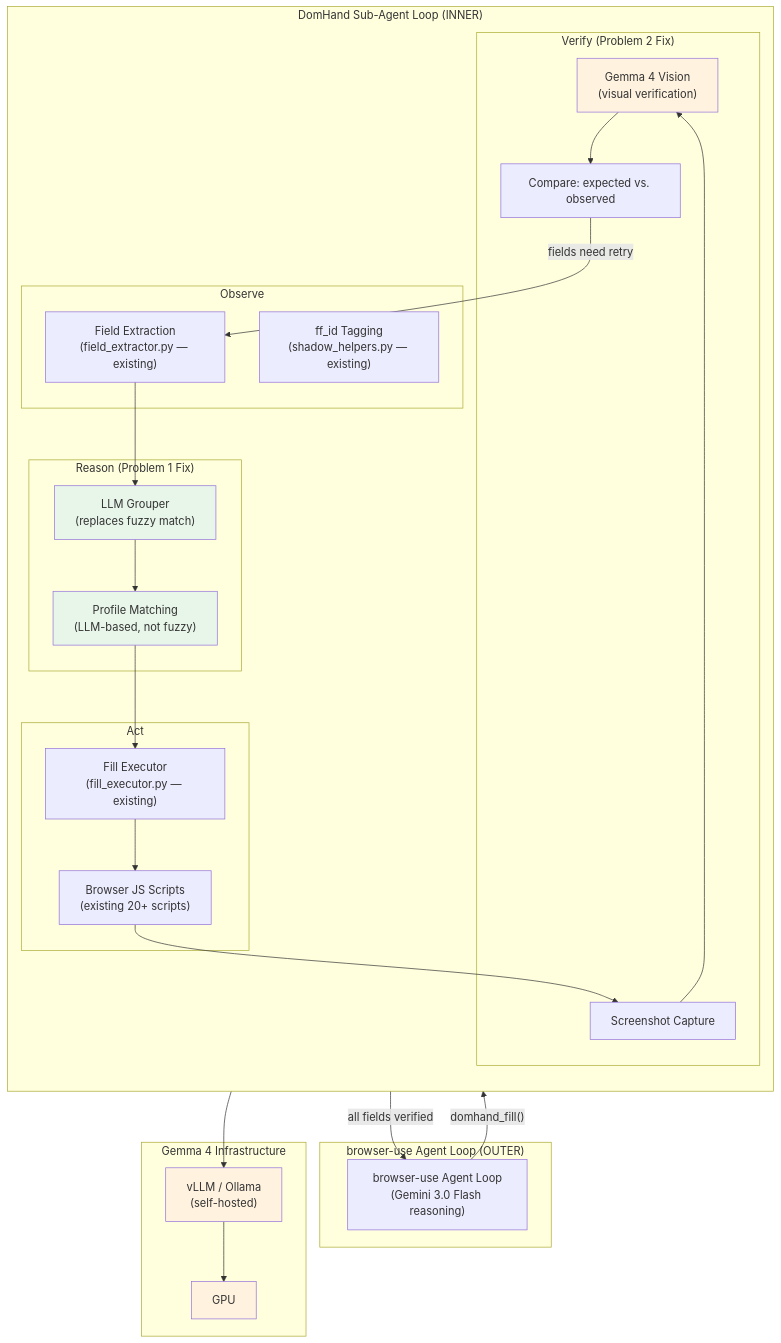
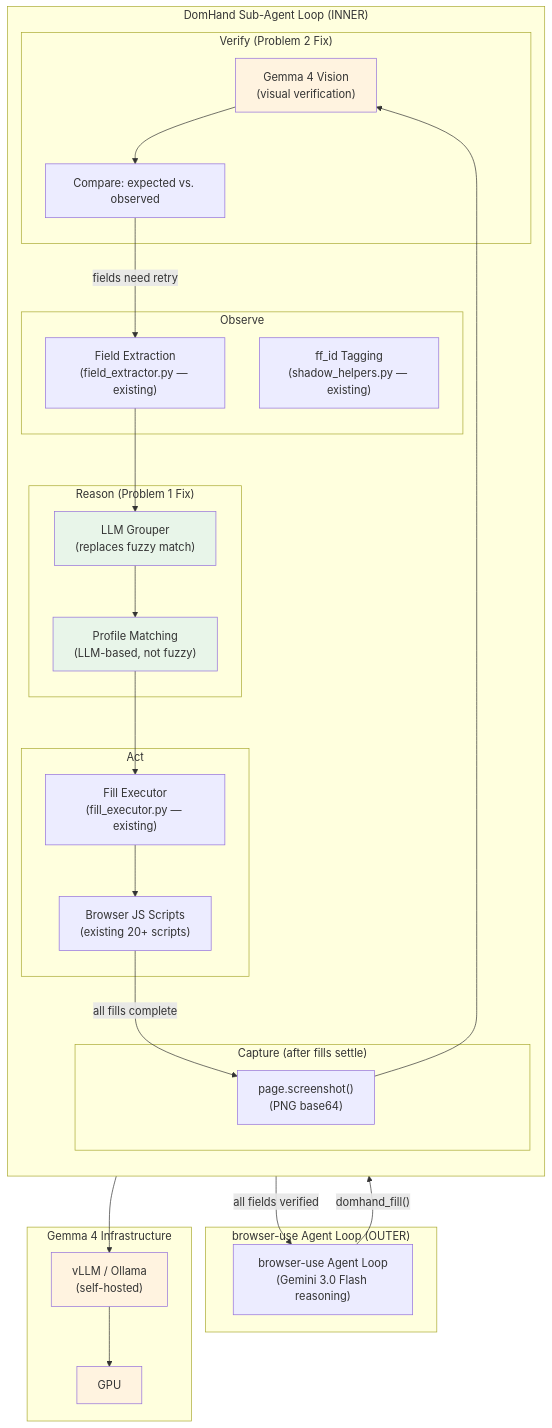
One commit to WeKruit/Hand-X changed the first of 7 diagrams in .planning/research/V4.0-DOMHAND-ENRICHMENT-OOD.md. Above: the diagram before and after it, drawn with Mermaid. The commit also changed other lines of this file, not shown here.

First line of the commit message:
docs(v4.0): add structured output determinism + PageContext sections

````diff
--- a/.planning/research/V4.0-DOMHAND-ENRICHMENT-OOD.md
+++ b/.planning/research/V4.0-DOMHAND-ENRICHMENT-OOD.md
@@ -97,57 +99,60 @@
 ```mermaid
 graph TB
     subgraph "browser-use Agent Loop (OUTER)"
         AgentLoop["browser-use Agent Loop<br/>(Gemini 3.0 Flash reasoning)"]
     end
 
     subgraph "DomHand Sub-Agent Loop (INNER)"
         direction TB
 
         subgraph "Observe"
             Extract["Field Extraction<br/>(field_extractor.py — existing)"]
             FFTag["ff_id Tagging<br/>(shadow_helpers.py — existing)"]
         end
 
         subgraph "Reason (Problem 1 Fix)"
             LLMGrouper["LLM Grouper<br/>(replaces fuzzy match)"]
             ProfileMatch["Profile Matching<br/>(LLM-based, not fuzzy)"]
         end
 
         subgraph "Act"
             FillExecutor["Fill Executor<br/>(fill_executor.py — existing)"]
             BrowserScripts["Browser JS Scripts<br/>(existing 20+ scripts)"]
         end
 
+        subgraph "Capture (after fills settle)"
+            Screenshot["page.screenshot()<br/>(PNG base64)"]
+        end
+
         subgraph "Verify (Problem 2 Fix)"
             Gemma4["Gemma 4 Vision<br/>(visual verification)"]
-            Screenshot["Screenshot Capture"]
             VerifyCompare["Compare: expected vs. observed"]
         end
 
         Extract --> LLMGrouper
         LLMGrouper --> ProfileMatch
         ProfileMatch --> FillExecutor
         FillExecutor --> BrowserScripts
-        BrowserScripts --> Screenshot
+        BrowserScripts -->|"all fills complete"| Screenshot
         Screenshot --> Gemma4
         Gemma4 --> VerifyCompare
         VerifyCompare -->|"fields need retry"| Extract
     end
 
     subgraph "Gemma 4 Infrastructure"
         VLLMServer["vLLM / Ollama<br/>(self-hosted)"]
         GPU["GPU"]
     end
 
     AgentLoop -->|"domhand_fill()"| Extract
     VerifyCompare -->|"all fields verified"| AgentLoop
 
     Gemma4 --> VLLMServer
     VLLMServer --> GPU
 
     style LLMGrouper fill:#e8f5e9
     style ProfileMatch fill:#e8f5e9
     style Gemma4 fill:#fff3e0
     style VLLMServer fill:#fff3e0
     style GPU fill:#fff3e0
 ```
````
